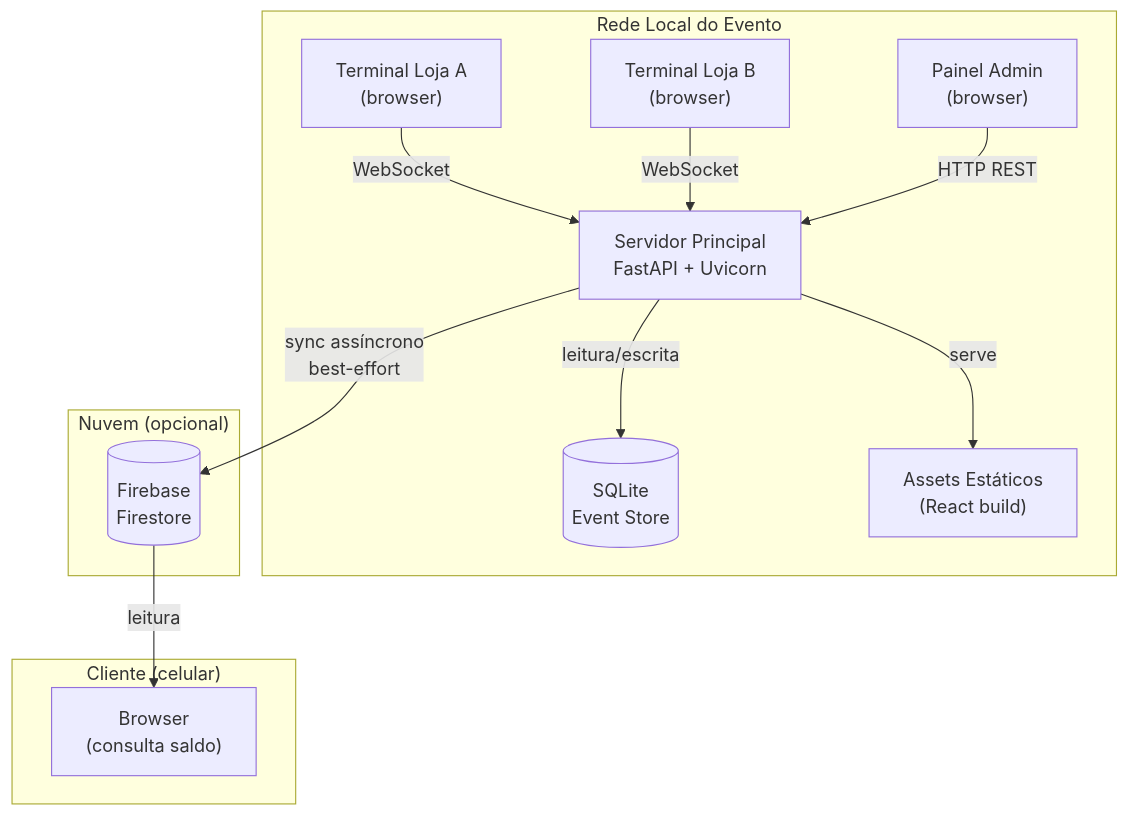
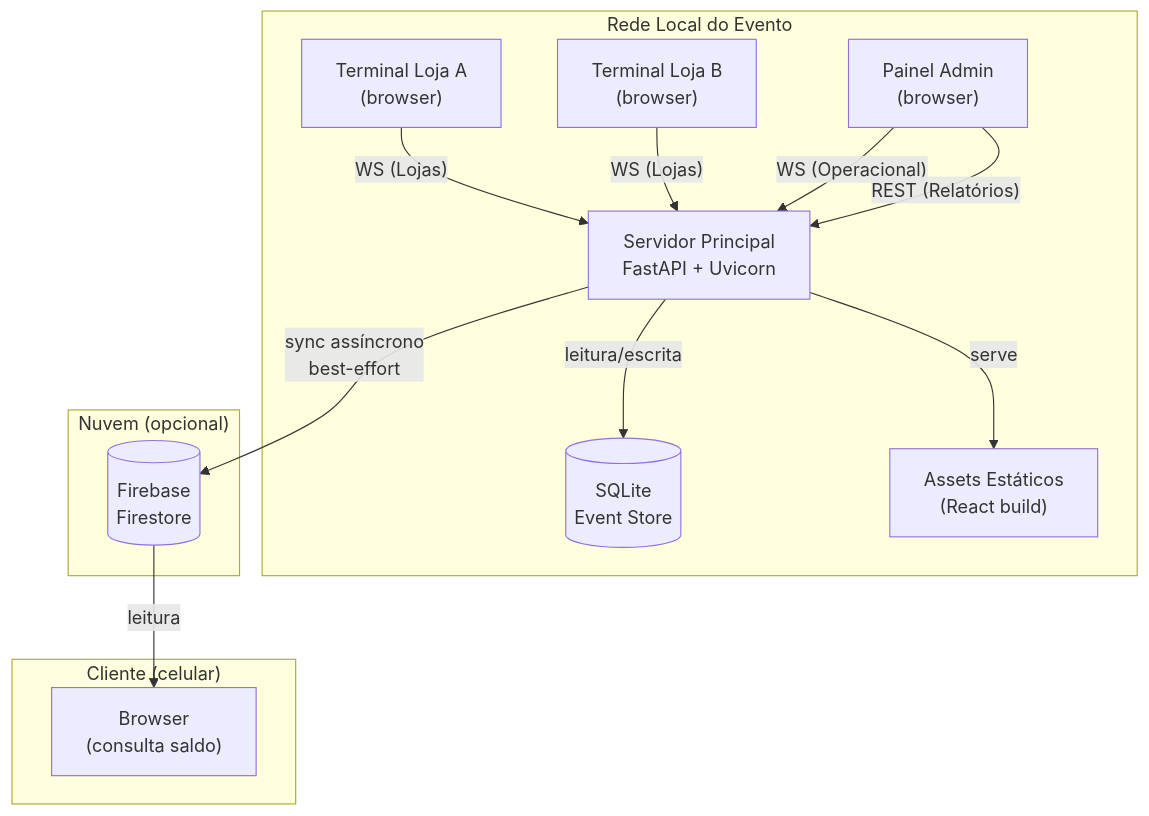
One commit to fiorionrails/feira-da-troca changed the diagram in docs/architecture/overview.md. Above: the diagram before and after it, drawn with Mermaid. The commit also changed other lines of this file and 3 other files, not shown here.

Commit message:
docs: add API reference and architecture overview documentation

````diff
--- a/docs/architecture/overview.md
+++ b/docs/architecture/overview.md
@@ -73,29 +72,30 @@
 ```mermaid
 graph TB
     subgraph rede_local["Rede Local do Evento"]
         terminal_a["Terminal Loja A\n(browser)"]
         terminal_b["Terminal Loja B\n(browser)"]
         admin["Painel Admin\n(browser)"]
         
         servidor["Servidor Principal\nFastAPI + Uvicorn"]
         sqlite[("SQLite\nEvent Store")]
         static["Assets Estáticos\n(React build)"]
         
-        terminal_a -- "WebSocket" --> servidor
-        terminal_b -- "WebSocket" --> servidor
-        admin -- "HTTP REST" --> servidor
+        terminal_a -- "WS (Lojas)" --> servidor
+        terminal_b -- "WS (Lojas)" --> servidor
+        admin -- "WS (Operacional)" --> servidor
+        admin -- "REST (Relatórios)" --> servidor
         servidor -- "leitura/escrita" --> sqlite
         servidor -- "serve" --> static
     end
     
     subgraph nuvem["Nuvem (opcional)"]
         firebase[("Firebase\nFirestore")]
     end
     
     subgraph cliente["Cliente (celular)"]
         app["Browser\n(consulta saldo)"]
     end
     
     servidor -- "sync assíncrono\nbest-effort" --> firebase
     firebase -- "leitura" --> app
 ```
````
